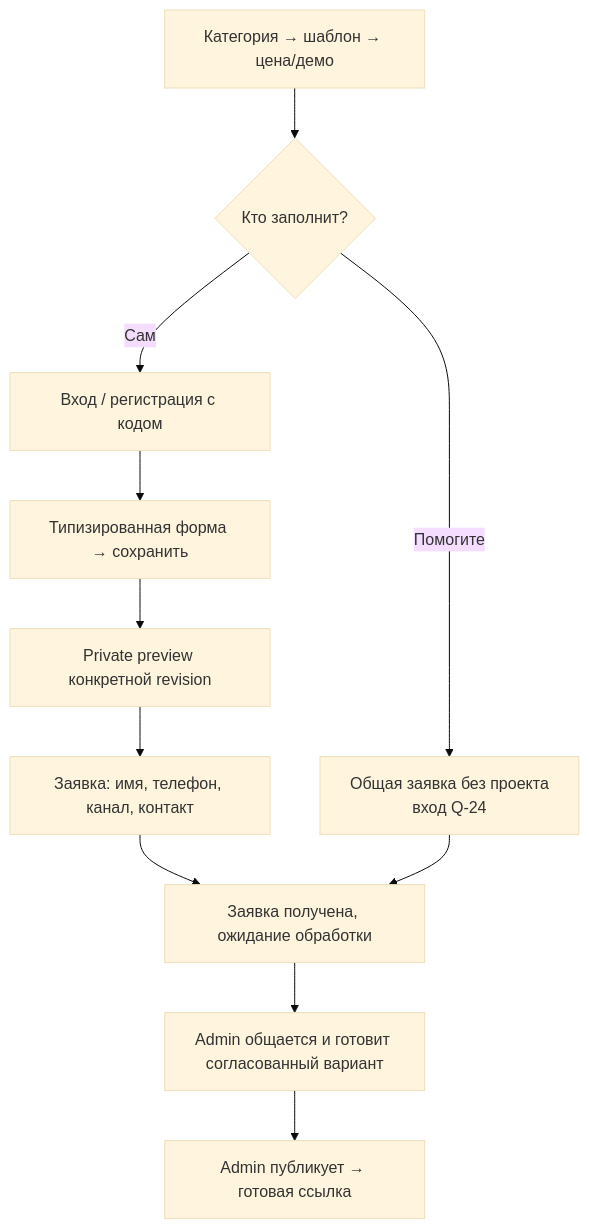
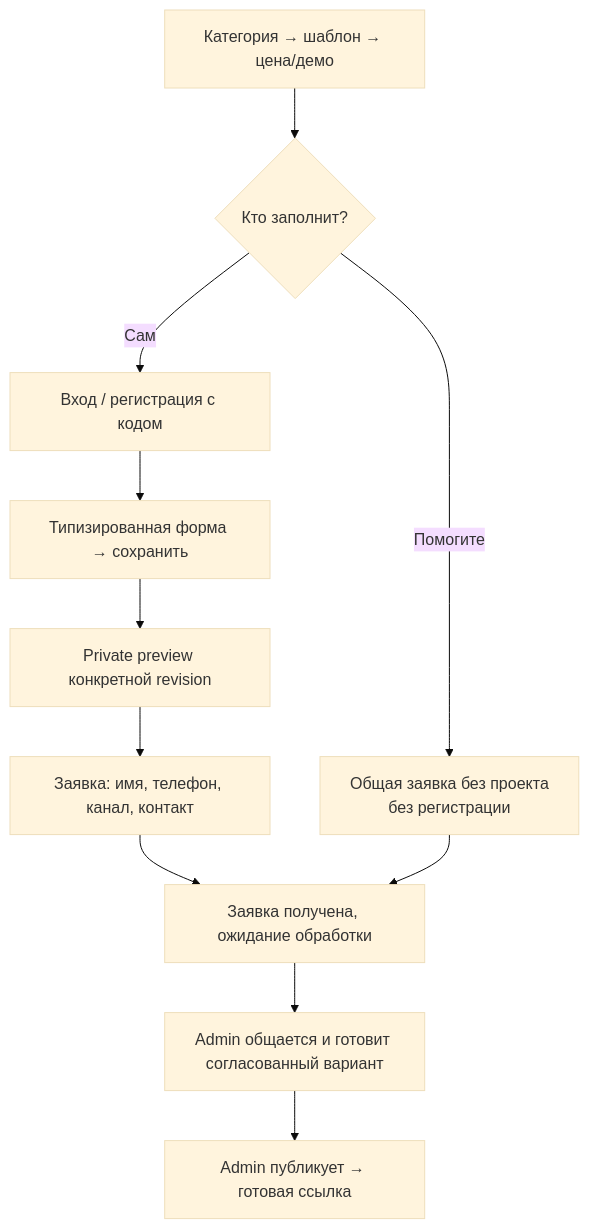
One commit to PlykinYurij/povod-project changed the first of 2 diagrams in docs/design/assisted-flow.md. Above: the diagram before and after it, drawn with Mermaid (base theme). The commit also changed other lines of this file and 24 other files, not shown here.

````diff
--- a/docs/design/assisted-flow.md
+++ b/docs/design/assisted-flow.md
@@ -7,13 +7,13 @@
 ```mermaid
 flowchart TD
   Catalog["Категория → шаблон → цена/демо"] --> Choice{"Кто заполнит?"}
   Choice -->|"Сам"| Login["Вход / регистрация с кодом"]
   Login --> Draft["Типизированная форма → сохранить"]
   Draft --> Preview["Private preview конкретной revision"]
   Preview --> Contacts["Заявка: имя, телефон, канал, контакт"]
-  Choice -->|"Помогите"| General["Общая заявка без проекта<br/>вход Q-24"]
+  Choice -->|"Помогите"| General["Общая заявка без проекта<br/>без регистрации"]
   Contacts --> Received["Заявка получена, ожидание обработки"]
   General --> Received
   Received --> Work["Admin общается и готовит согласованный вариант"]
   Work --> Published["Admin публикует → готовая ссылка"]
 ```
````
